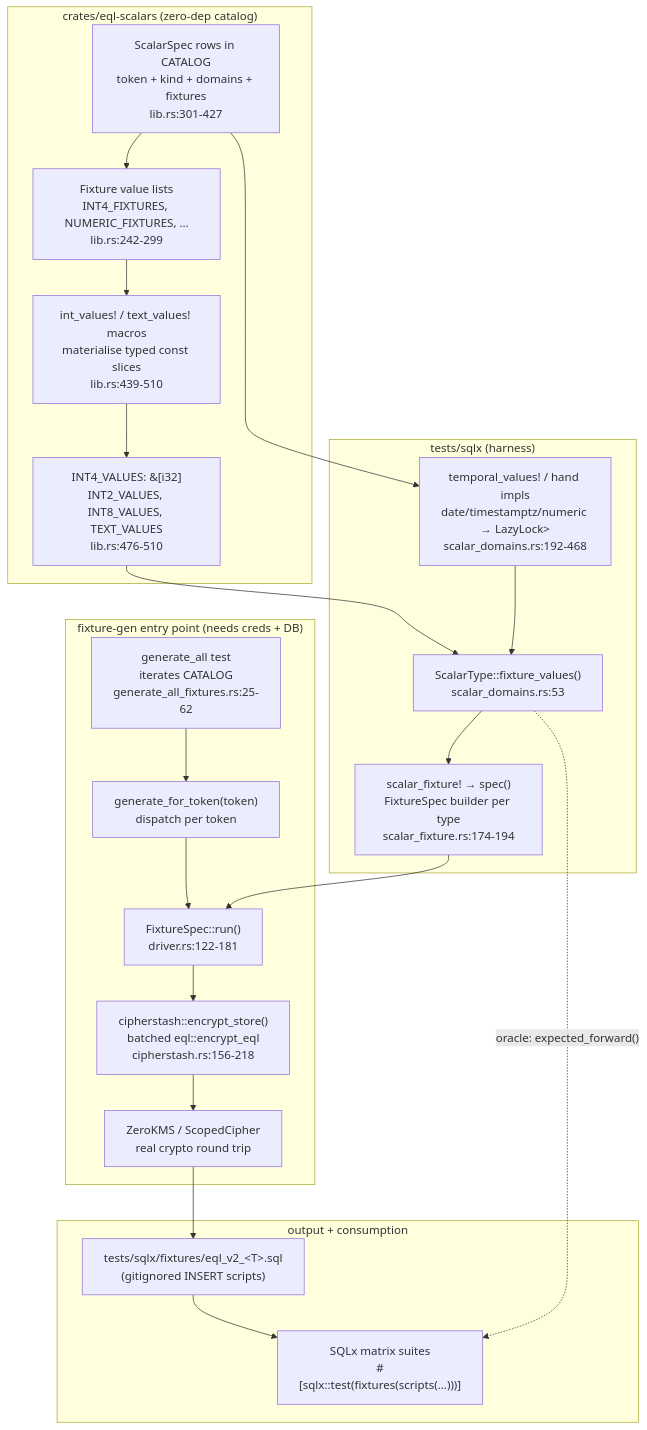
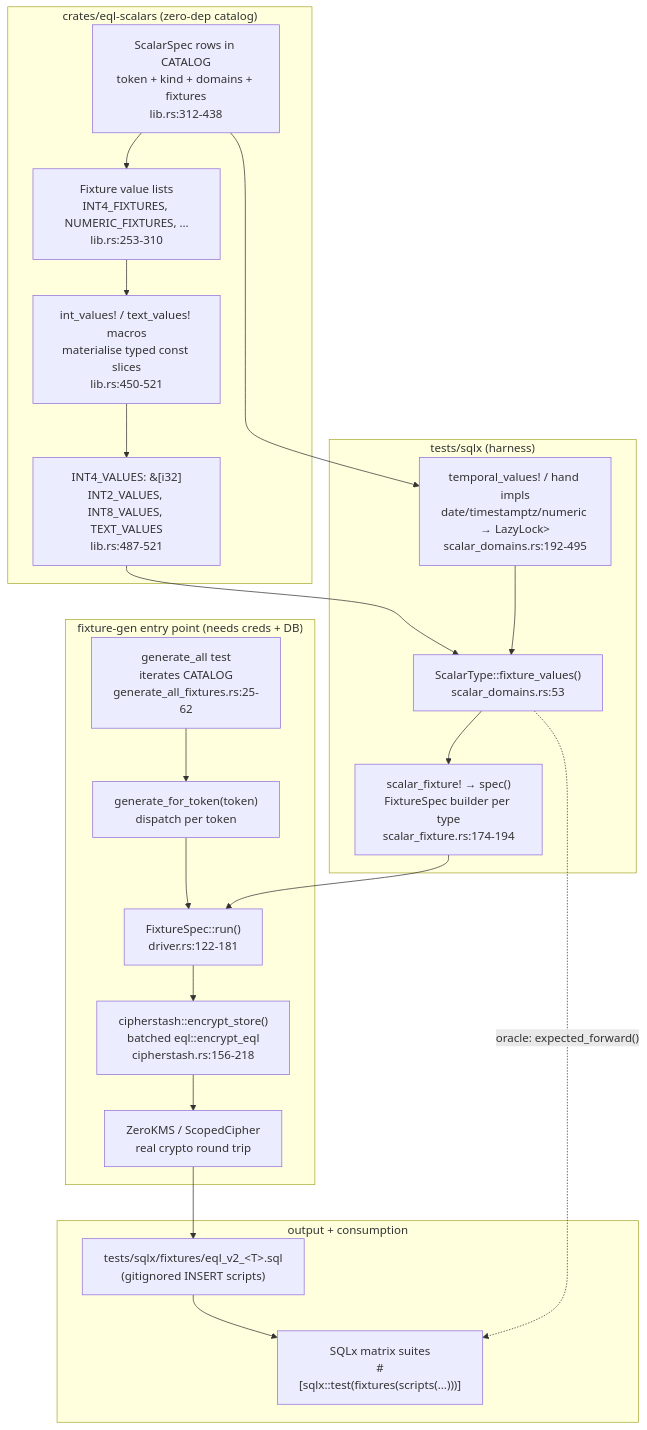
Before and after one commit to cipherstash/encrypt-query-language: the first of 2 diagrams in docs/walkthroughs/fixture-generator.md, drawn with Mermaid. The commit also changed other lines of this file and 1 other file, not shown here.

Commit message:
docs(walkthroughs): fix review findings (counts, ste_vec framing, line refs)

````diff
--- a/docs/walkthroughs/fixture-generator.md
+++ b/docs/walkthroughs/fixture-generator.md
@@ -49,37 +53,37 @@
 ```mermaid
 flowchart TD
     subgraph catalog["crates/eql-scalars (zero-dep catalog)"]
-        SPEC["ScalarSpec rows in CATALOG<br/>token + kind + domains + fixtures<br/>lib.rs:301-427"]
-        FIX["Fixture value lists<br/>INT4_FIXTURES, NUMERIC_FIXTURES, …<br/>lib.rs:242-299"]
-        MAC["int_values! / text_values! macros<br/>materialise typed const slices<br/>lib.rs:439-510"]
-        VALS["INT4_VALUES: &[i32]<br/>INT2_VALUES, INT8_VALUES, TEXT_VALUES<br/>lib.rs:476-510"]
+        SPEC["ScalarSpec rows in CATALOG<br/>token + kind + domains + fixtures<br/>lib.rs:312-438"]
+        FIX["Fixture value lists<br/>INT4_FIXTURES, NUMERIC_FIXTURES, …<br/>lib.rs:253-310"]
+        MAC["int_values! / text_values! macros<br/>materialise typed const slices<br/>lib.rs:450-521"]
+        VALS["INT4_VALUES: &[i32]<br/>INT2_VALUES, INT8_VALUES, TEXT_VALUES<br/>lib.rs:487-521"]
         SPEC --> FIX --> MAC --> VALS
     end
 
     subgraph harness["tests/sqlx (harness)"]
         ST["ScalarType::fixture_values()<br/>scalar_domains.rs:53"]
-        TEMP["temporal_values! / hand impls<br/>date/timestamptz/numeric → LazyLock<Vec<T>><br/>scalar_domains.rs:192-468"]
+        TEMP["temporal_values! / hand impls<br/>date/timestamptz/numeric → LazyLock<Vec<T>><br/>scalar_domains.rs:192-495"]
         MOD["scalar_fixture! → spec()<br/>FixtureSpec builder per type<br/>scalar_fixture.rs:174-194"]
         VALS --> ST
         SPEC --> TEMP --> ST
         ST --> MOD
     end
 
     subgraph gen["fixture-gen entry point (needs creds + DB)"]
         ALL["generate_all test<br/>iterates CATALOG<br/>generate_all_fixtures.rs:25-62"]
         DISP["generate_for_token(token)<br/>dispatch per token"]
         RUN["FixtureSpec::run()<br/>driver.rs:122-181"]
         ENC["cipherstash::encrypt_store()<br/>batched eql::encrypt_eql<br/>cipherstash.rs:156-218"]
         ZK["ZeroKMS / ScopedCipher<br/>real crypto round trip"]
         ALL --> DISP --> RUN --> ENC --> ZK
         MOD --> RUN
     end
 
     subgraph out["output + consumption"]
         SQL["tests/sqlx/fixtures/eql_v2_&lt;T&gt;.sql<br/>(gitignored INSERT scripts)"]
         SUITE["SQLx matrix suites<br/>#[sqlx::test(fixtures(scripts(...)))]"]
         ZK --> SQL
         SQL --> SUITE
         ST -. "oracle: expected_forward()" .-> SUITE
     end
 ```
````
